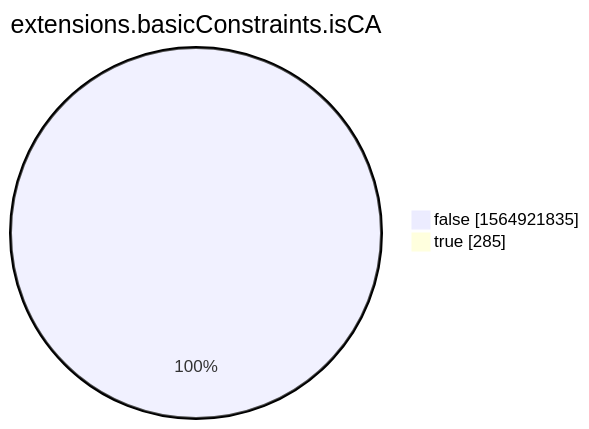
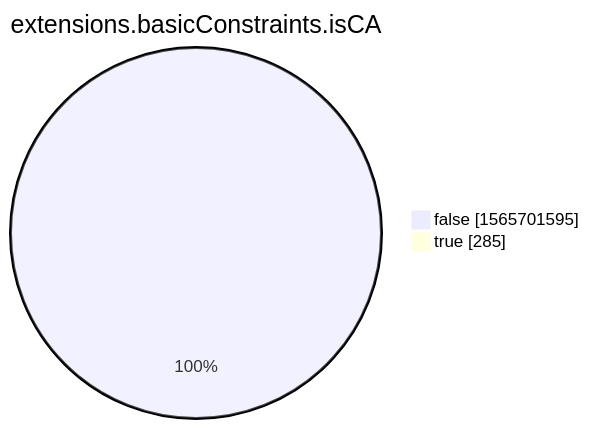
The eighth of 15 diagrams in xenon2022/README.md (christiankrug/ctmonitor_visualization), drawn with Mermaid before and after one commit. The commit also changed other lines of this file, not shown here.

````diff
--- a/xenon2022/README.md
+++ b/xenon2022/README.md
@@ -2860,6 +2860,6 @@
 ```mermaid
 pie showData
 title extensions.basicConstraints.isCA
-"false" :1564921835
+"false" :1565701595
 "true" :285
 ```
````
